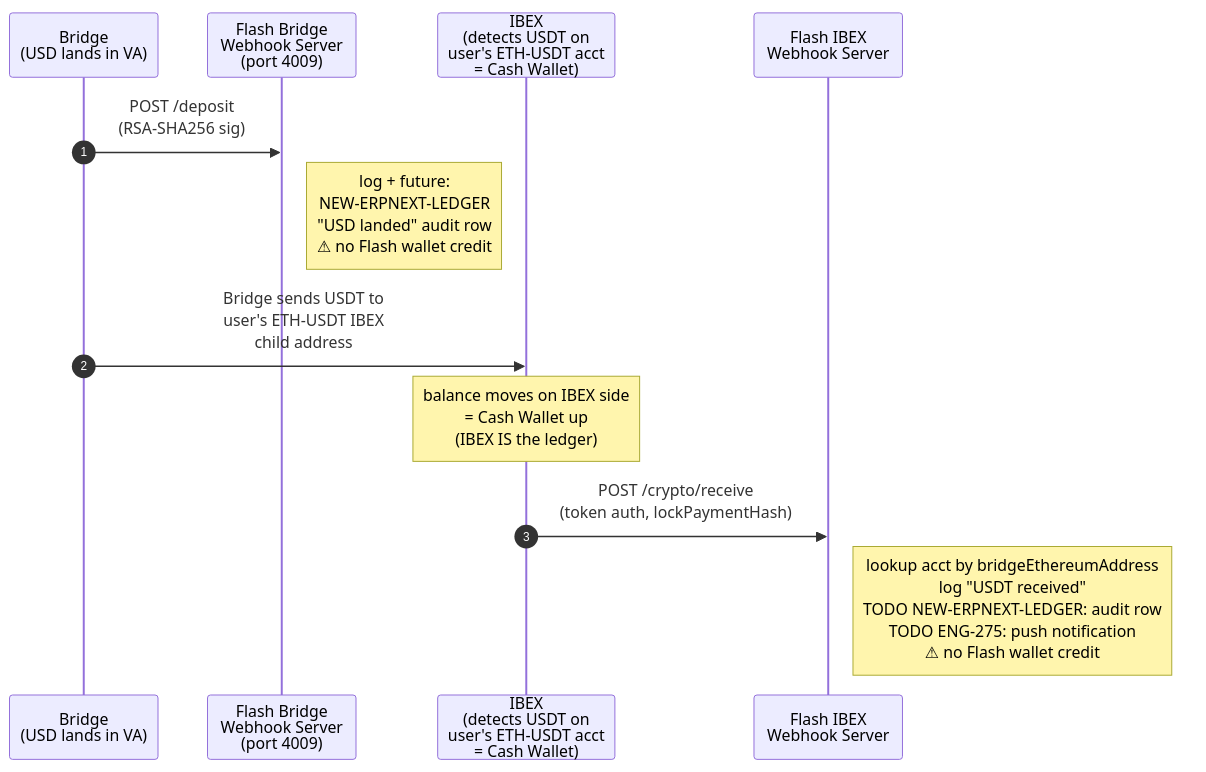
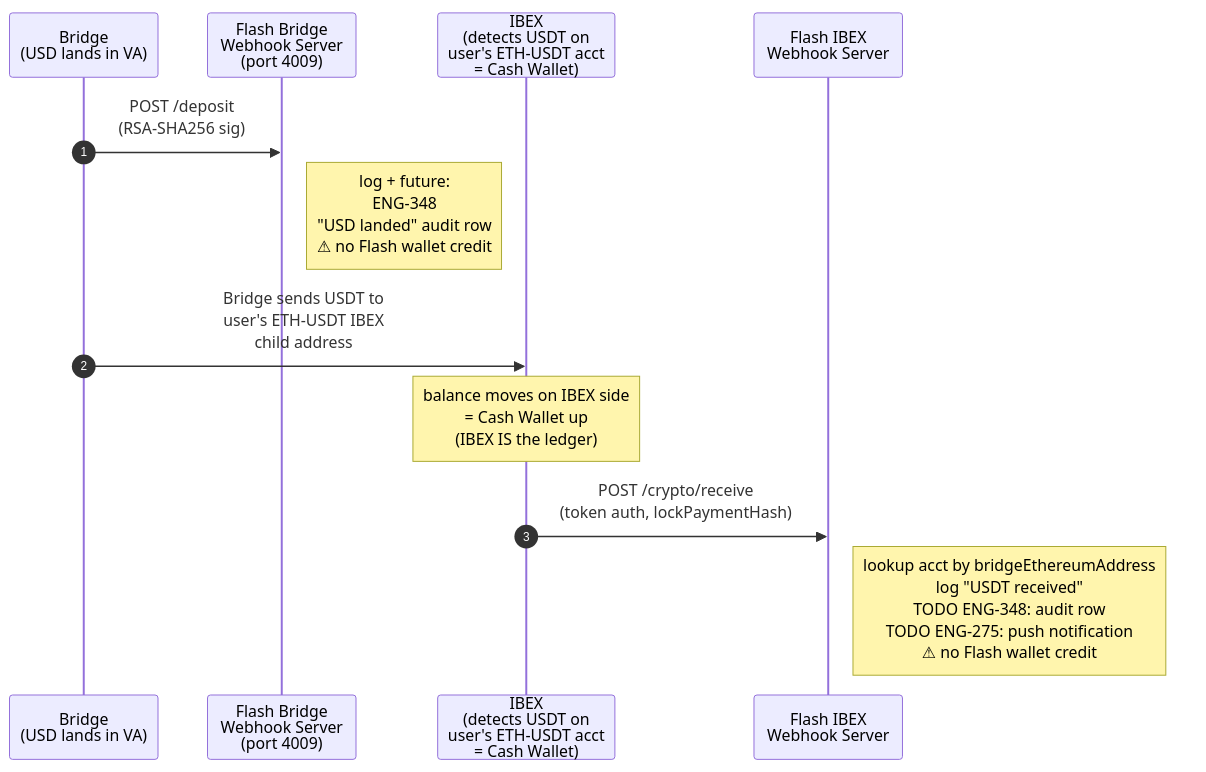
One commit to lnflash/flash changed the second of 2 diagrams in docs/bridge-integration/ARCHITECTURE.md. Above: the diagram before and after it, drawn with Mermaid. The commit also changed other lines of this file and 9 other files, not shown here.

First line of the commit message:
docs(bridge): cascade #9 — scrub NEW-*/FEE-* placeholders → live ENG IDs

````diff
--- a/docs/bridge-integration/ARCHITECTURE.md
+++ b/docs/bridge-integration/ARCHITECTURE.md
@@ -249,20 +249,20 @@
 ```mermaid
 sequenceDiagram
     autonumber
     participant B as Bridge<br/>(USD lands in VA)
     participant FB as Flash Bridge<br/>Webhook Server<br/>(port 4009)
     participant I as IBEX<br/>(detects USDT on<br/>user's ETH-USDT acct<br/>= Cash Wallet)
     participant FI as Flash IBEX<br/>Webhook Server
 
     link FB: ENG-273 — webhook monitoring/alerting (Nick) @ https://linear.app/island-bitcoin/issue/ENG-273
     link FI: ENG-275 — /crypto/receive push notification (Laurent) @ https://linear.app/island-bitcoin/issue/ENG-275
 
     B->>FB: POST /deposit<br/>(RSA-SHA256 sig)
-    Note right of FB: log + future:<br/>NEW-ERPNEXT-LEDGER<br/>"USD landed" audit row<br/>⚠ no Flash wallet credit
+    Note right of FB: log + future:<br/>ENG-348<br/>"USD landed" audit row<br/>⚠ no Flash wallet credit
 
     B->>I: Bridge sends USDT to<br/>user's ETH-USDT IBEX<br/>child address
     Note over I: balance moves on IBEX side<br/>= Cash Wallet up<br/>(IBEX IS the ledger)
 
     I->>FI: POST /crypto/receive<br/>(token auth, lockPaymentHash)
-    Note right of FI: lookup acct by bridgeEthereumAddress<br/>log "USDT received"<br/>TODO NEW-ERPNEXT-LEDGER: audit row<br/>TODO ENG-275: push notification<br/>⚠ no Flash wallet credit
+    Note right of FI: lookup acct by bridgeEthereumAddress<br/>log "USDT received"<br/>TODO ENG-348: audit row<br/>TODO ENG-275: push notification<br/>⚠ no Flash wallet credit
 ```
````
